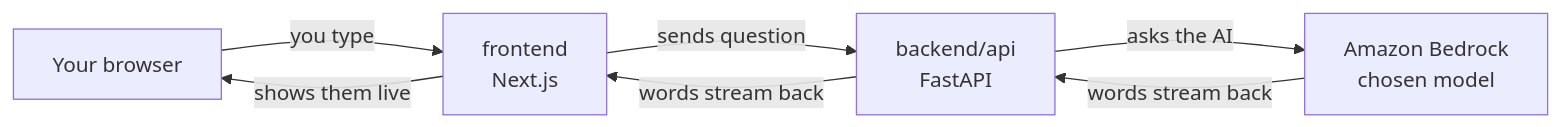
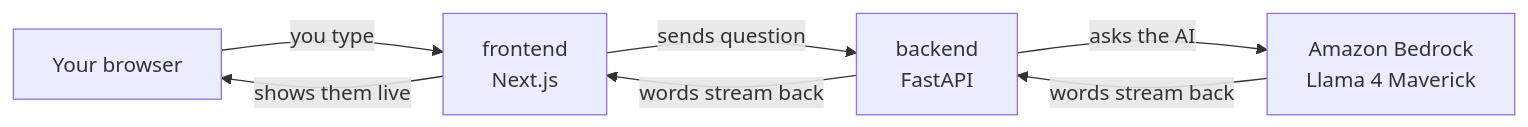
The first of 2 diagrams in docs/learning/D1.md (yashzord/Docs_Copilot), drawn with Mermaid before and after one commit. The commit also changed other lines of this file and 17 other files, not shown here.

Commit message:
feat(api): stream Bedrock chat over SSE; flat backend layout; project brief

````diff
--- a/docs/learning/D1.md
+++ b/docs/learning/D1.md
@@ -12,9 +12,9 @@
 ```mermaid
 flowchart LR
     A[Your browser] -->|you type| B[frontend<br/>Next.js]
-    B -->|sends question| C[backend/api<br/>FastAPI]
-    C -->|asks the AI| D[Amazon Bedrock<br/>chosen model]
+    B -->|sends question| C[backend<br/>FastAPI]
+    C -->|asks the AI| D[Amazon Bedrock<br/>Llama 4 Maverick]
     D -->|words stream back| C
     C -->|words stream back| B
     B -->|shows them live| A
 ```
````
